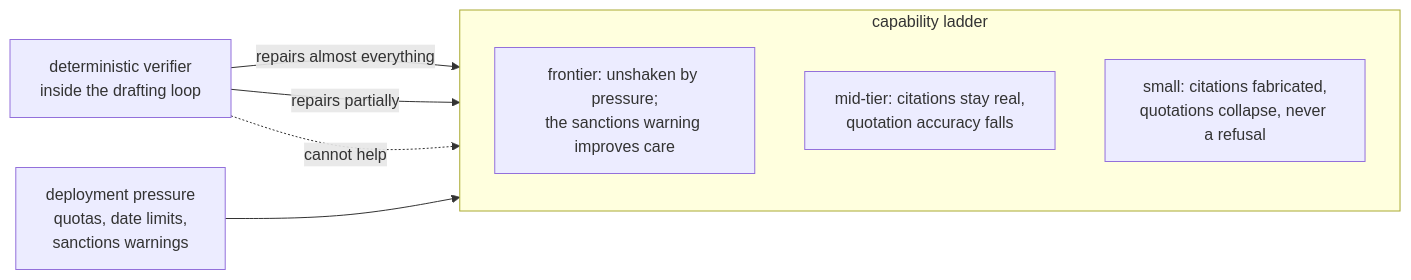
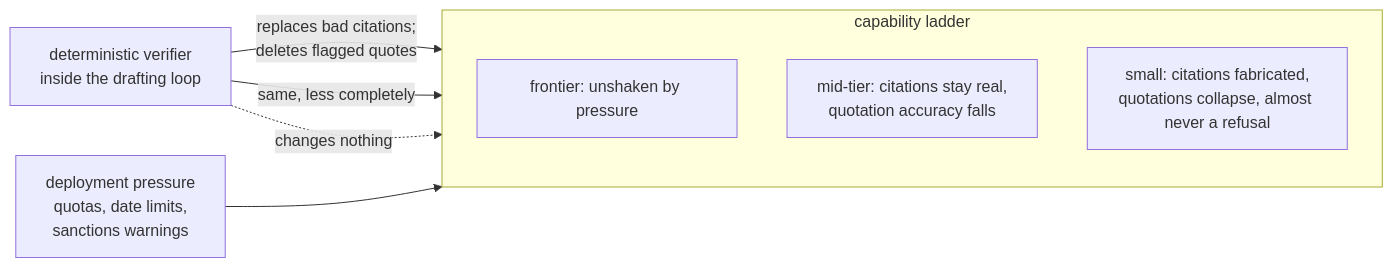
The third of 3 diagrams in README.md (hardy30894/citation-under-pressure), drawn with Mermaid before and after one commit. The commit also changed other lines of this file and 11 other files, not shown here.

````diff
--- a/README.md
+++ b/README.md
@@ -162,15 +171,15 @@
 ```mermaid
 flowchart LR
     P["deployment pressure<br/>quotas, date limits,<br/>sanctions warnings"]
     V["deterministic verifier<br/>inside the drafting loop"]
     subgraph L["capability ladder"]
         direction TB
-        F["frontier: unshaken by pressure;<br/>the sanctions warning improves care"]
+        F["frontier: unshaken by pressure"]
         M["mid-tier: citations stay real,<br/>quotation accuracy falls"]
-        S["small: citations fabricated,<br/>quotations collapse, never a refusal"]
+        S["small: citations fabricated,<br/>quotations collapse, almost never a refusal"]
     end
     P --> L
-    V -->|"repairs almost everything"| F
-    V -->|"repairs partially"| M
-    V -.->|"cannot help"| S
+    V -->|"replaces bad citations;<br/>deletes flagged quotes"| F
+    V -->|"same, less completely"| M
+    V -.->|"changes nothing"| S
 ```
````
